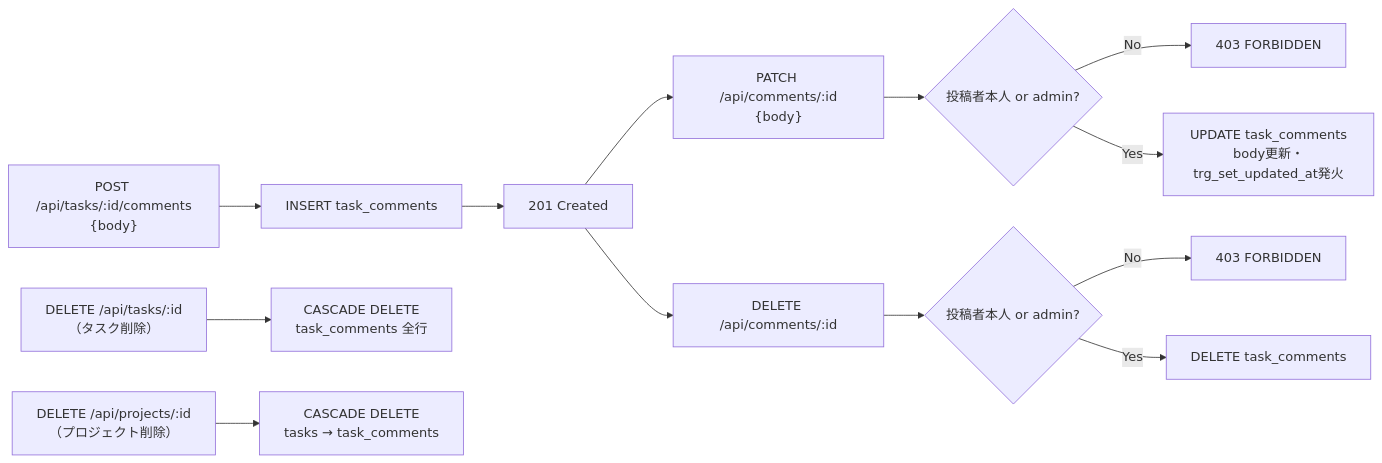
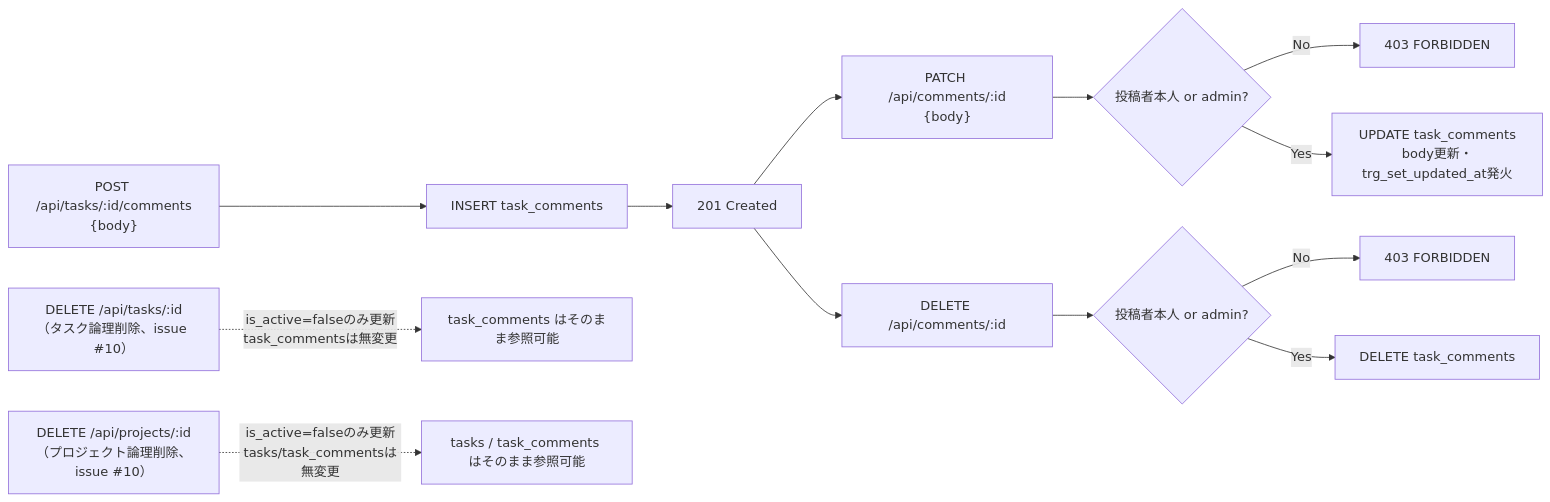
Before and after one commit to oikawa-d/task_management: the second of 3 diagrams in detailed_design/database/07_table_task_comments.md, drawn with Mermaid. The commit also changed other lines of this file and 25 other files, not shown here.

````diff
--- a/detailed_design/database/07_table_task_comments.md
+++ b/detailed_design/database/07_table_task_comments.md
@@ -120,18 +120,18 @@
 ```mermaid
 flowchart LR
     A["POST /api/tasks/:id/comments<br/>{body}"] --> B["INSERT task_comments"]
     B --> C["201 Created"]
 
     C --> D["PATCH /api/comments/:id<br/>{body}"]
     D --> E{"投稿者本人 or admin?"}
     E -->|"No"| F["403 FORBIDDEN"]
     E -->|"Yes"| G["UPDATE task_comments<br/>body更新・trg_set_updated_at発火"]
 
     C --> H["DELETE /api/comments/:id"]
     H --> I{"投稿者本人 or admin?"}
     I -->|"No"| J["403 FORBIDDEN"]
     I -->|"Yes"| K["DELETE task_comments"]
 
-    L["DELETE /api/tasks/:id<br/>（タスク削除）"] --> M["CASCADE DELETE<br/>task_comments 全行"]
-    N["DELETE /api/projects/:id<br/>（プロジェクト削除）"] --> O["CASCADE DELETE<br/>tasks → task_comments"]
+    L["DELETE /api/tasks/:id<br/>（タスク論理削除、issue #10）"] -.->|"is_active=falseのみ更新<br/>task_commentsは無変更"| M["task_comments はそのまま参照可能"]
+    N["DELETE /api/projects/:id<br/>（プロジェクト論理削除、issue #10）"] -.->|"is_active=falseのみ更新<br/>tasks/task_commentsは無変更"| O["tasks / task_comments はそのまま参照可能"]
 ```
````
